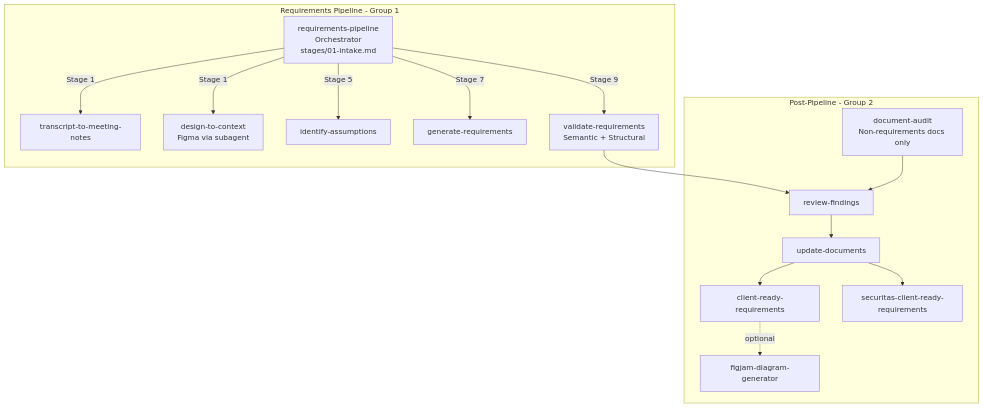
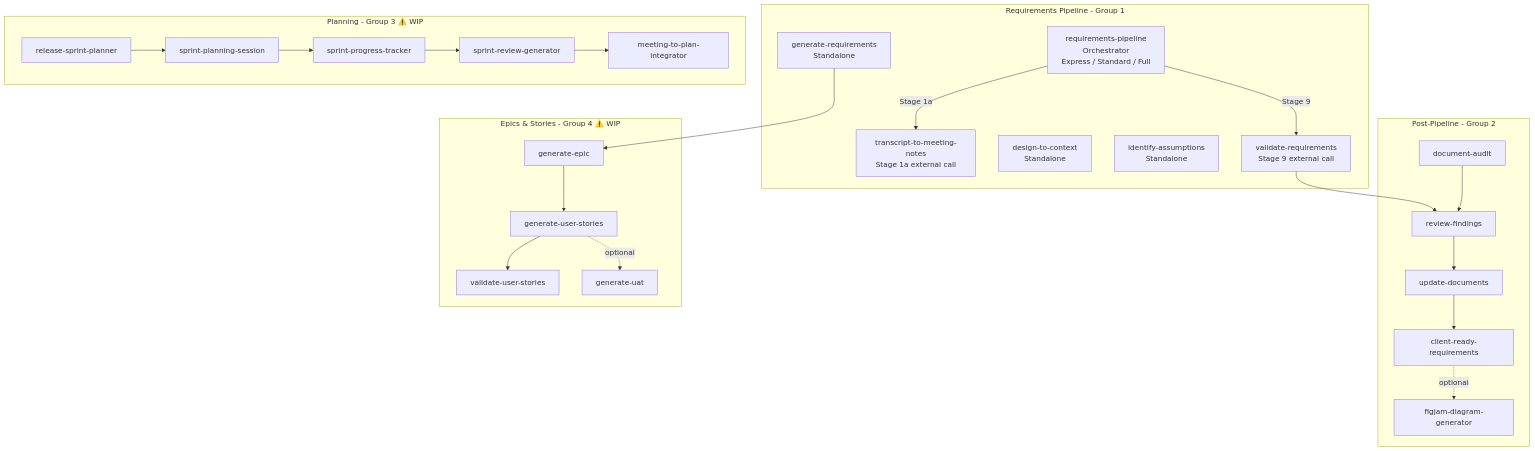
The sixth of 6 diagrams in docs/workflow-guide.md (rushikeshpol02/ai-skills), drawn with Mermaid before and after one commit. The commit also changed other lines of this file and 150 other files, not shown here.

````diff
--- a/docs/workflow-guide.md
+++ b/docs/workflow-guide.md
@@ -160,33 +214,48 @@
 ```mermaid
 flowchart TD
     subgraph pipeline [Requirements Pipeline - Group 1]
-        GDR[requirements-pipeline\nOrchestrator\nstages/01-intake.md]
-        TMN[transcript-to-meeting-notes]
-        DTC[design-to-context\nFigma via subagent]
-        IA[identify-assumptions]
-        GR[generate-requirements]
-        VR[validate-requirements\nSemantic + Structural]
+        GDR[requirements-pipeline\nOrchestrator\nExpress / Standard / Full]
+        TMN[transcript-to-meeting-notes\nStage 1a external call]
+        DTC[design-to-context\nStandalone]
+        GR[generate-requirements\nStandalone]
+        IA[identify-assumptions\nStandalone]
+        VR[validate-requirements\nStage 9 external call]
     end
 
     subgraph postpipeline [Post-Pipeline - Group 2]
         RF[review-findings]
         UD[update-documents]
         CRR[client-ready-requirements]
         FDG[figjam-diagram-generator]
-        SCRR[securitas-client-ready-requirements]
-        DA[document-audit\nNon-requirements docs only]
+        DA[document-audit]
     end
 
-    GDR -->|"Stage 1"| TMN
-    GDR -->|"Stage 1"| DTC
-    GDR -->|"Stage 5"| IA
-    GDR -->|"Stage 7"| GR
+    subgraph planning [Planning - Group 3 ⚠️ WIP]
+        RSP[release-sprint-planner]
+        SPS[sprint-planning-session]
+        SPT[sprint-progress-tracker]
+        SRG[sprint-review-generator]
+        MPI[meeting-to-plan-integrator]
+    end
+
+    subgraph stories [Epics & Stories - Group 4 ⚠️ WIP]
+        GE[generate-epic]
+        GUS[generate-user-stories]
+        VUS[validate-user-stories]
+        GUAT[generate-uat]
+    end
+
+    GDR -->|"Stage 1a"| TMN
     GDR -->|"Stage 9"| VR
 
     VR --> RF
     DA --> RF
     RF --> UD
     UD --> CRR
-    UD --> SCRR
     CRR -.->|"optional"| FDG
+
+    RSP --> SPS --> SPT --> SRG --> MPI
+
+    GR --> GE --> GUS --> VUS
+    GUS -.->|"optional"| GUAT
 ```
````
